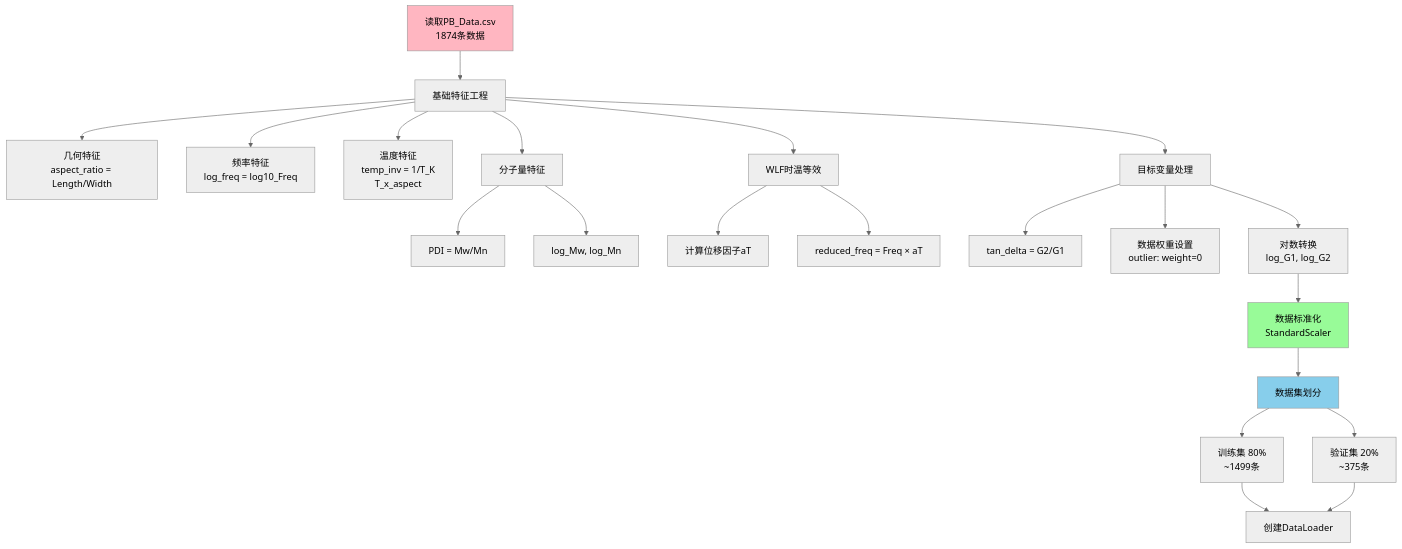
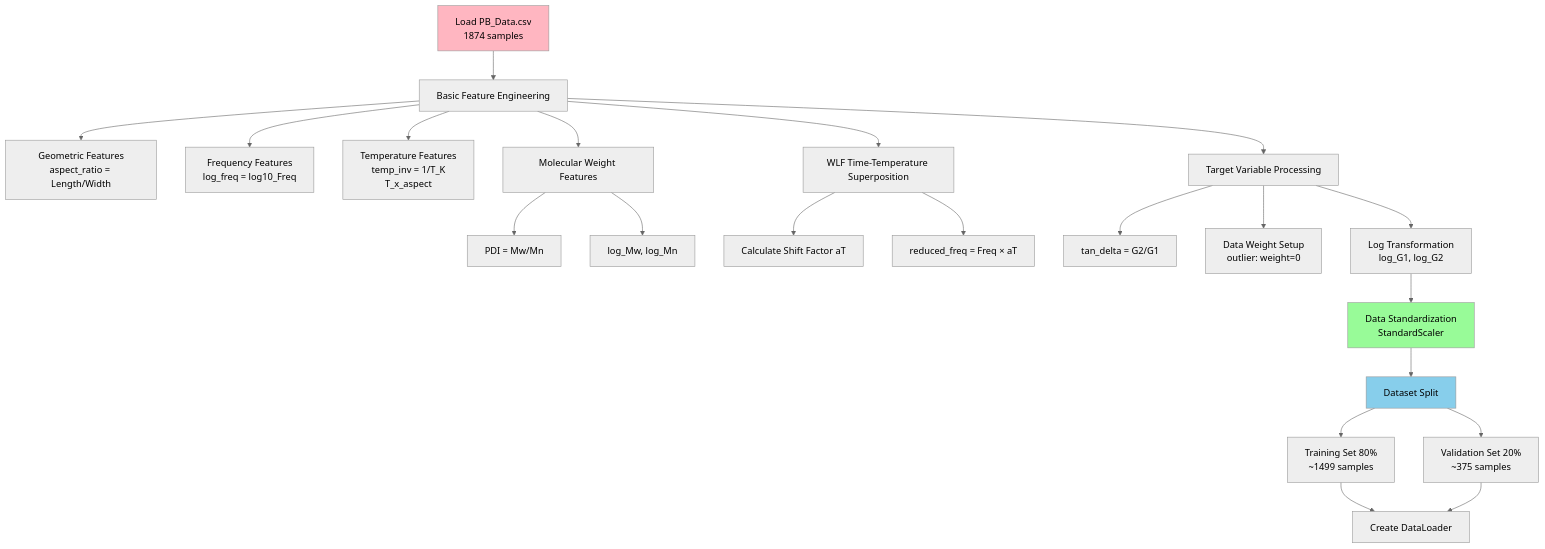
Before and after one commit to Prcmise/PB_Rheo: the third of 10 diagrams in 流程图_PINN_Rheology_Prediction.md, drawn with Mermaid (neutral theme). The commit also changed other lines of this file, not shown here.

````diff
--- a/流程图_PINN_Rheology_Prediction.md
+++ b/流程图_PINN_Rheology_Prediction.md
@@ -57,34 +57,34 @@
 ```mermaid
 flowchart TD
-    A[读取PB_Data.csv<br/>1874条数据] --> B[基础特征工程]
+    A[Load PB_Data.csv<br/>1874 samples] --> B[Basic Feature Engineering]
     
-    B --> B1[几何特征<br/>aspect_ratio = Length/Width]
-    B --> B2[频率特征<br/>log_freq = log10_Freq]
-    B --> B3[温度特征<br/>temp_inv = 1/T_K<br/>T_x_aspect]
+    B --> B1[Geometric Features<br/>aspect_ratio = Length/Width]
+    B --> B2[Frequency Features<br/>log_freq = log10_Freq]
+    B --> B3[Temperature Features<br/>temp_inv = 1/T_K<br/>T_x_aspect]
     
-    B --> C[分子量特征]
+    B --> C[Molecular Weight Features]
     C --> C1[PDI = Mw/Mn]
     C --> C2[log_Mw, log_Mn]
     
-    B --> D[WLF时温等效]
-    D --> D1[计算位移因子aT]
+    B --> D[WLF Time-Temperature Superposition]
+    D --> D1[Calculate Shift Factor aT]
     D --> D2[reduced_freq = Freq × aT]
     
-    B --> E[目标变量处理]
+    B --> E[Target Variable Processing]
     E --> E1[tan_delta = G2/G1]
-    E --> E2[数据权重设置<br/>outlier: weight=0]
-    E --> E3[对数转换<br/>log_G1, log_G2]
+    E --> E2[Data Weight Setup<br/>outlier: weight=0]
+    E --> E3[Log Transformation<br/>log_G1, log_G2]
     
-    E3 --> F[数据标准化<br/>StandardScaler]
-    F --> G[数据集划分]
+    E3 --> F[Data Standardization<br/>StandardScaler]
+    F --> G[Dataset Split]
     
-    G --> G1[训练集 80%<br/>~1499条]
-    G --> G2[验证集 20%<br/>~375条]
+    G --> G1[Training Set 80%<br/>~1499 samples]
+    G --> G2[Validation Set 20%<br/>~375 samples]
     
-    G1 --> H[创建DataLoader]
+    G1 --> H[Create DataLoader]
     G2 --> H
     
     style A fill:#FFB6C1
     style F fill:#98FB98
     style G fill:#87CEEB
 ```
````
